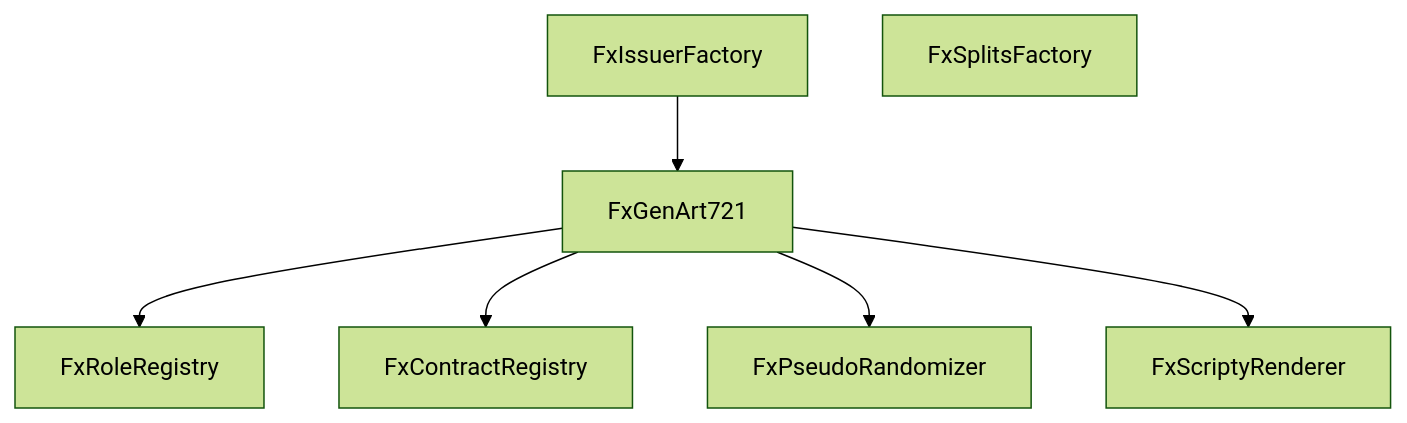
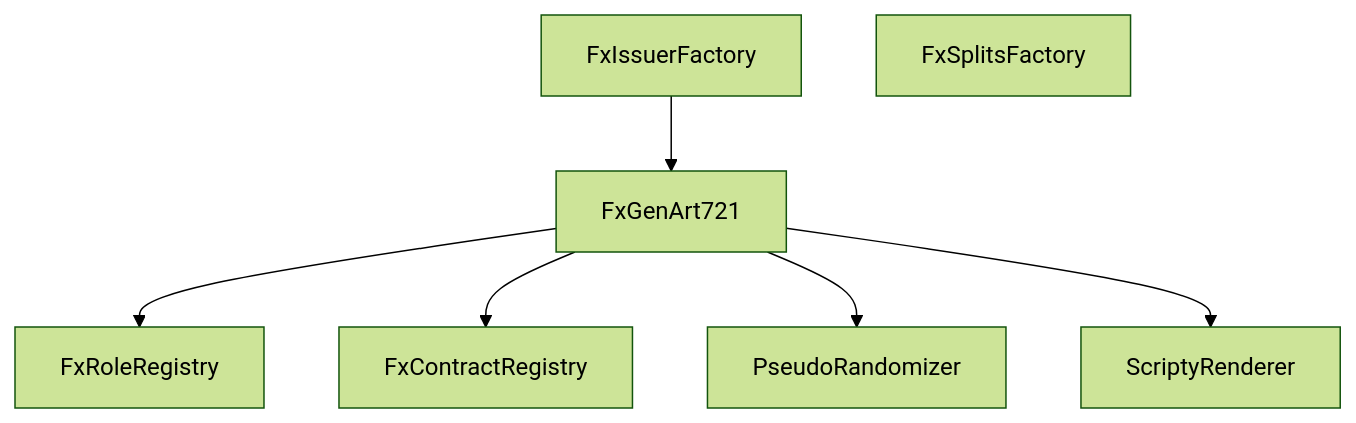
The diagram in README.md (fxhash/fxhash-evm-core), drawn with Mermaid (forest theme) before and after one commit. The commit also changed other lines of this file and 20 other files, not shown here.

````diff
--- a/README.md
+++ b/README.md
@@ -27,9 +33,9 @@
 ```mermaid
 graph TD
 B[FxGenArt721]--> A[FxRoleRegistry]
 C[FxIssuerFactory] --> B
 B --> D[FxContractRegistry]
 E[FxSplitsFactory]
-B --> F[FxPseudoRandomizer]
-B --> G[FxScriptyRenderer]
+B --> F[PseudoRandomizer]
+B --> G[ScriptyRenderer]
 ```
````
